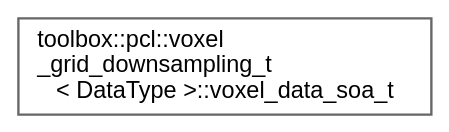
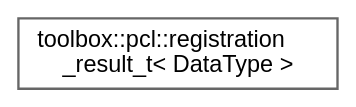
The diagram in inherit_graph_121.dot (nerdneilsfield/cpp-toolbox), drawn with Graphviz before and after one commit. The commit also changed 250 other files, not shown here.

```diff
--- a/inherit_graph_121.dot
+++ b/inherit_graph_121.dot
@@ -1,9 +1,9 @@
 digraph "Graphical Class Hierarchy"
 {
  // LATEX_PDF_SIZE
   bgcolor="transparent";
   edge [fontname=Helvetica,fontsize=10,labelfontname=Helvetica,labelfontsize=10];
   node [fontname=Helvetica,fontsize=10,shape=box,height=0.2,width=0.4];
   rankdir="LR";
-  Node0 [id="Node000000",label="toolbox::pcl::voxel\l_grid_downsampling_t\l\< DataType \>::voxel_data_soa_t",height=0.2,width=0.4,color="grey40", fillcolor="white", style="filled",URL="$structtoolbox_1_1pcl_1_1voxel__grid__downsampling__t_1_1voxel__data__soa__t.html",tooltip=" "];
+  Node0 [id="Node000000",label="toolbox::pcl::registration\l_result_t\< DataType \>",height=0.2,width=0.4,color="grey40", fillcolor="white", style="filled",URL="$structtoolbox_1_1pcl_1_1registration__result__t.html",tooltip="配准结果结构体 / Registration result structure"];
 }
```
